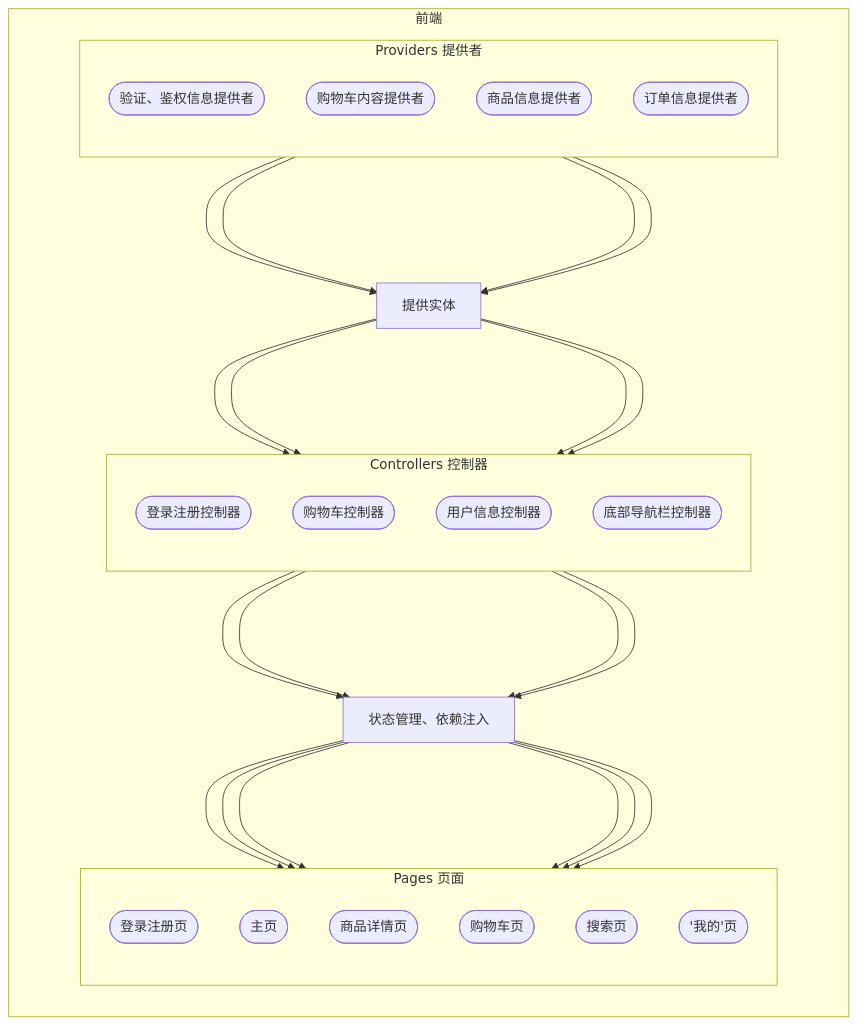
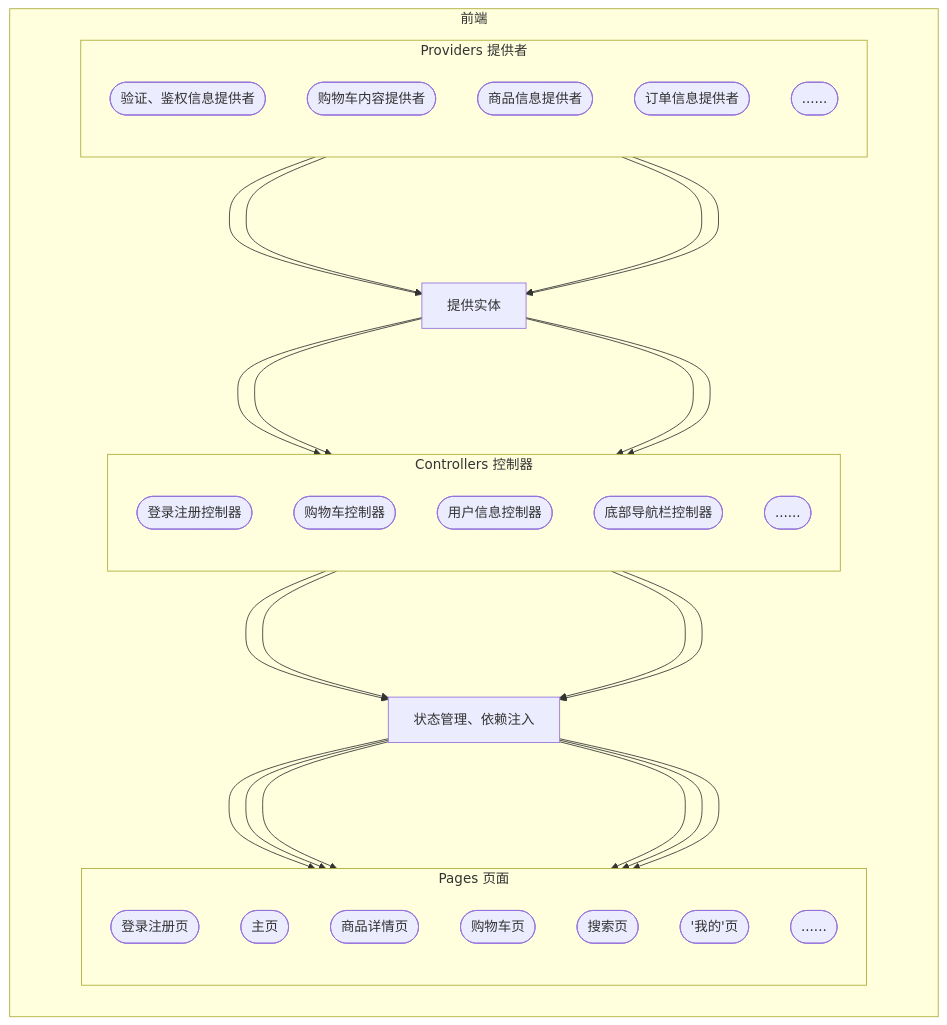
One commit to gaogao-qwq/simple_mall changed the third of 3 diagrams in README.md. Above: the diagram before and after it, drawn with Mermaid. The commit also changed other lines of this file, not shown here.

````diff
--- a/README.md
+++ b/README.md
@@ -71,36 +74,39 @@
 ```mermaid
 flowchart LR
     %% 定义节点
     subgraph frontend["前端"]
         type["提供实体"]
         dependency_injection["状态管理、依赖注入"]
         subgraph page["Pages 页面"]
             direction TB
             auth_pg(["登录注册页"])
             home_pg(["主页"])
             good_detail_pg(["商品详情页"])
             cart_pg(["购物车页"])
             search_pg(["搜索页"])
             my_pg(["'我的"'页])
+            more_1(["......"])
         end
         subgraph controller["Controllers 控制器"]
             direction TB
             auth_c(["登录注册控制器"])
             shopping_cart_c(["购物车控制器"])
             user_detail_c(["用户信息控制器"])
             navigation_c(["底部导航栏控制器"])
+            more_2(["......"])
         end
         subgraph provider["Providers 提供者"]
             direction TB
             auth_p(["验证、鉴权信息提供者"])
             cart_p(["购物车内容提供者"])
             good_p(["商品信息提供者"])
             order_p(["订单信息提供者"])
+            more_3(["......"])
         end
     end
     %% 连接节点
     dependency_injection ---> auth_pg & home_pg & good_detail_pg & cart_pg & search_pg & my_pg
     auth_c & shopping_cart_c & user_detail_c & navigation_c ---> dependency_injection
     type ---> auth_c & shopping_cart_c & user_detail_c & navigation_c
     auth_p & cart_p & good_p & order_p ---> type
 ```
````
